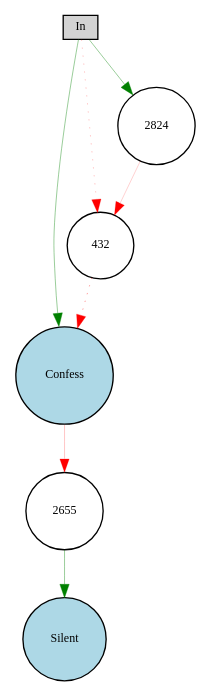
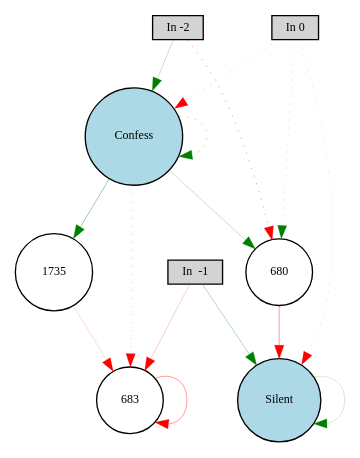
Before and after one commit to timestocome/EvolvingCode: the diagram in Prisoner's Dilemma/Digraph.gv, drawn with Graphviz. The commit also changed 5 other files, not shown here.

```diff
--- a/Prisoner's Dilemma/Digraph.gv
+++ b/Prisoner's Dilemma/Digraph.gv
@@ -1,16 +1,26 @@
 digraph {
 	node [fontsize=9 height=0.2 shape=circle width=0.2]
-	In [fillcolor=lightgray shape=box style=filled]
+	"In -2" [fillcolor=lightgray shape=box style=filled]
+	"In  -1" [fillcolor=lightgray shape=box style=filled]
+	"In 0" [fillcolor=lightgray shape=box style=filled]
 	Confess [fillcolor=lightblue style=filled]
 	Silent [fillcolor=lightblue style=filled]
-	2655 [fillcolor=white style=filled]
-	432 [fillcolor=white style=filled]
-	2824 [fillcolor=white style=filled]
-	432 -> Confess [color=red penwidth=0.2898292090375098 style=dotted]
-	In -> Confess [color=green penwidth=0.30000000000000004 style=solid]
-	Confess -> 2655 [color=red penwidth=0.16949594191105305 style=solid]
-	2824 -> 432 [color=red penwidth=0.13508008181803835 style=solid]
-	In -> 2824 [color=green penwidth=0.30000000000000004 style=solid]
-	2655 -> Silent [color=green penwidth=0.30000000000000004 style=solid]
-	In -> 432 [color=red penwidth=0.18405103110862292 style=dotted]
+	1735 [fillcolor=white style=filled]
+	680 [fillcolor=white style=filled]
+	683 [fillcolor=white style=filled]
+	"In -2" -> 680 [color=red penwidth=0.30000000000000004 style=dotted]
+	"In 0" -> 680 [color=green penwidth=0.12984970499251206 style=dotted]
+	680 -> Silent [color=red penwidth=0.27707118114916474 style=solid]
+	"In  -1" -> Silent [color=green penwidth=0.22221783986135019 style=solid]
+	"In 0" -> Confess [color=red penwidth=0.12476181925042801 style=dotted]
+	"In 0" -> Silent [color=red penwidth=0.11651467558917535 style=dotted]
+	Confess -> Confess [color=green penwidth=0.22369284374490184 style=dotted]
+	Silent -> Silent [color=green penwidth=0.1345180734891442 style=solid]
+	683 -> 683 [color=red penwidth=0.29627962947116726 style=solid]
+	"In  -1" -> 683 [color=red penwidth=0.16177549412668582 style=solid]
+	Confess -> 683 [color=red penwidth=0.1695185307092495 style=dotted]
+	Confess -> 680 [color=green penwidth=0.16599876303836347 style=solid]
+	"In -2" -> Confess [color=green penwidth=0.1730046014770727 style=solid]
+	Confess -> 1735 [color=green penwidth=0.28872288449153877 style=solid]
+	1735 -> 683 [color=red penwidth=0.1168228266425777 style=solid]
 }
```
